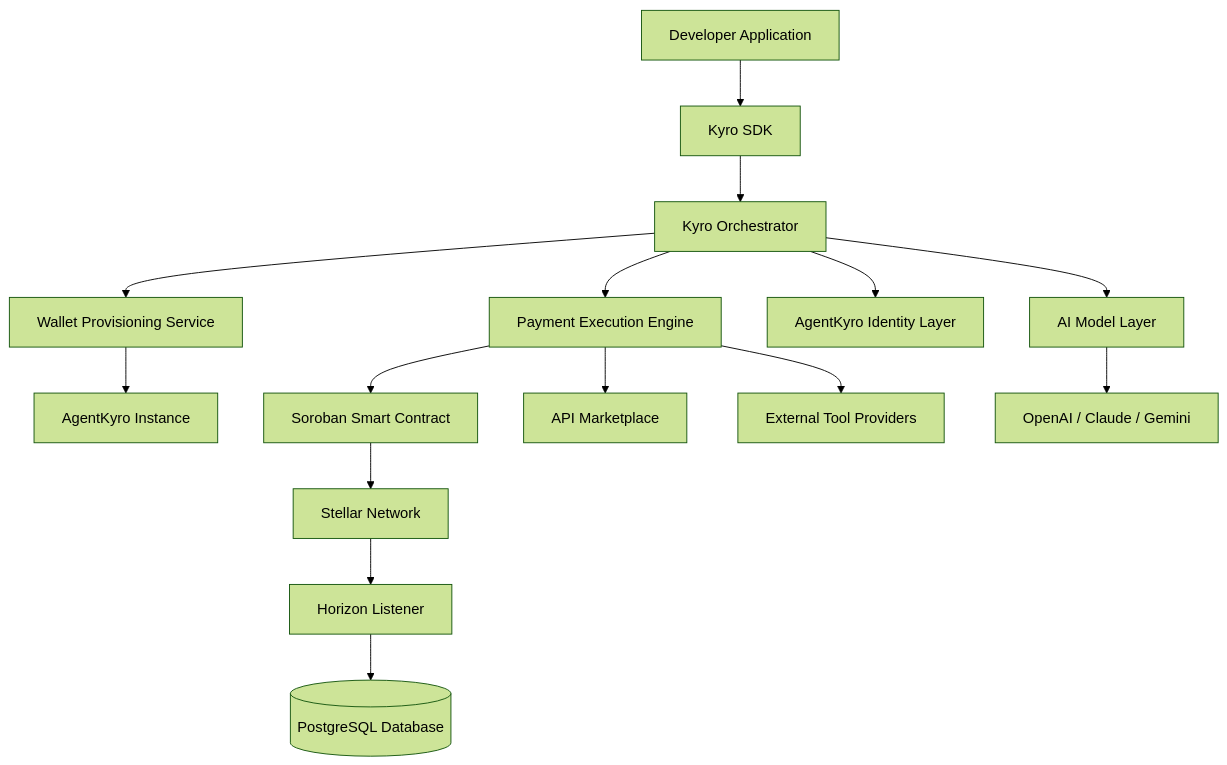
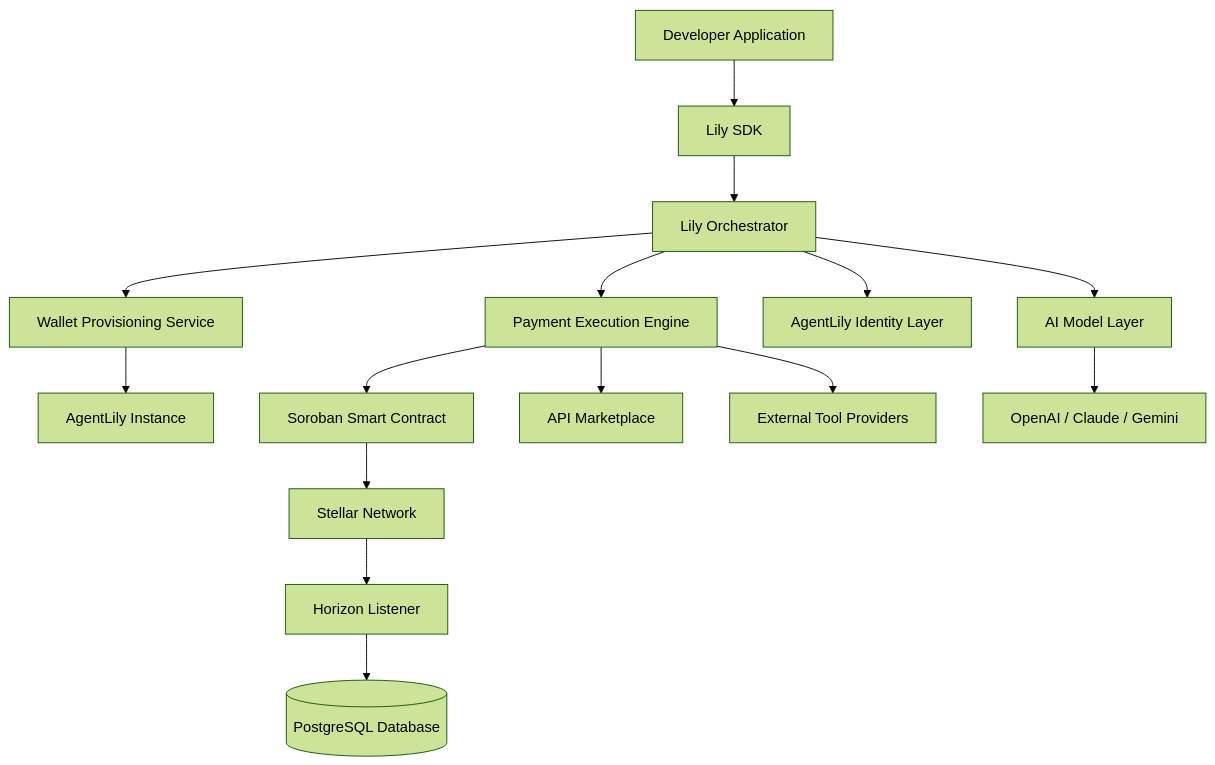
The diagram in README.md (David-patrick-chuks/Kyro-Protocol), drawn with Mermaid (forest theme) before and after one commit. The commit also changed other lines of this file, not shown here.

````diff
--- a/README.md
+++ b/README.md
@@ -65,23 +65,23 @@
 ```mermaid
 flowchart TD
-    A[Developer Application] --> B[Kyro SDK]
-    B --> C[Kyro Orchestrator]
+    A[Developer Application] --> B[Lily SDK]
+    B --> C[Lily Orchestrator]
 
     C --> D[Wallet Provisioning Service]
     C --> E[Payment Execution Engine]
-    C --> F[AgentKyro Identity Layer]
+    C --> F[AgentLily Identity Layer]
 
-    D --> G[AgentKyro Instance]
+    D --> G[AgentLily Instance]
 
     E --> H[Soroban Smart Contract]
     H --> I[Stellar Network]
 
     I --> J[Horizon Listener]
     J --> K[(PostgreSQL Database)]
 
     E --> L[API Marketplace]
     E --> M[External Tool Providers]
 
     C --> N[AI Model Layer]
     N --> O[OpenAI / Claude / Gemini]
 ```
````
